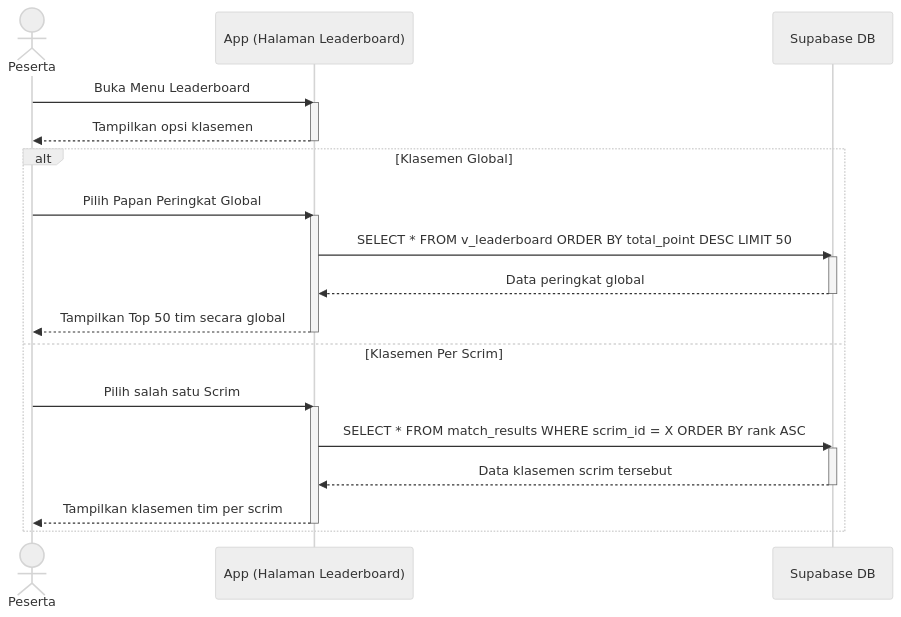
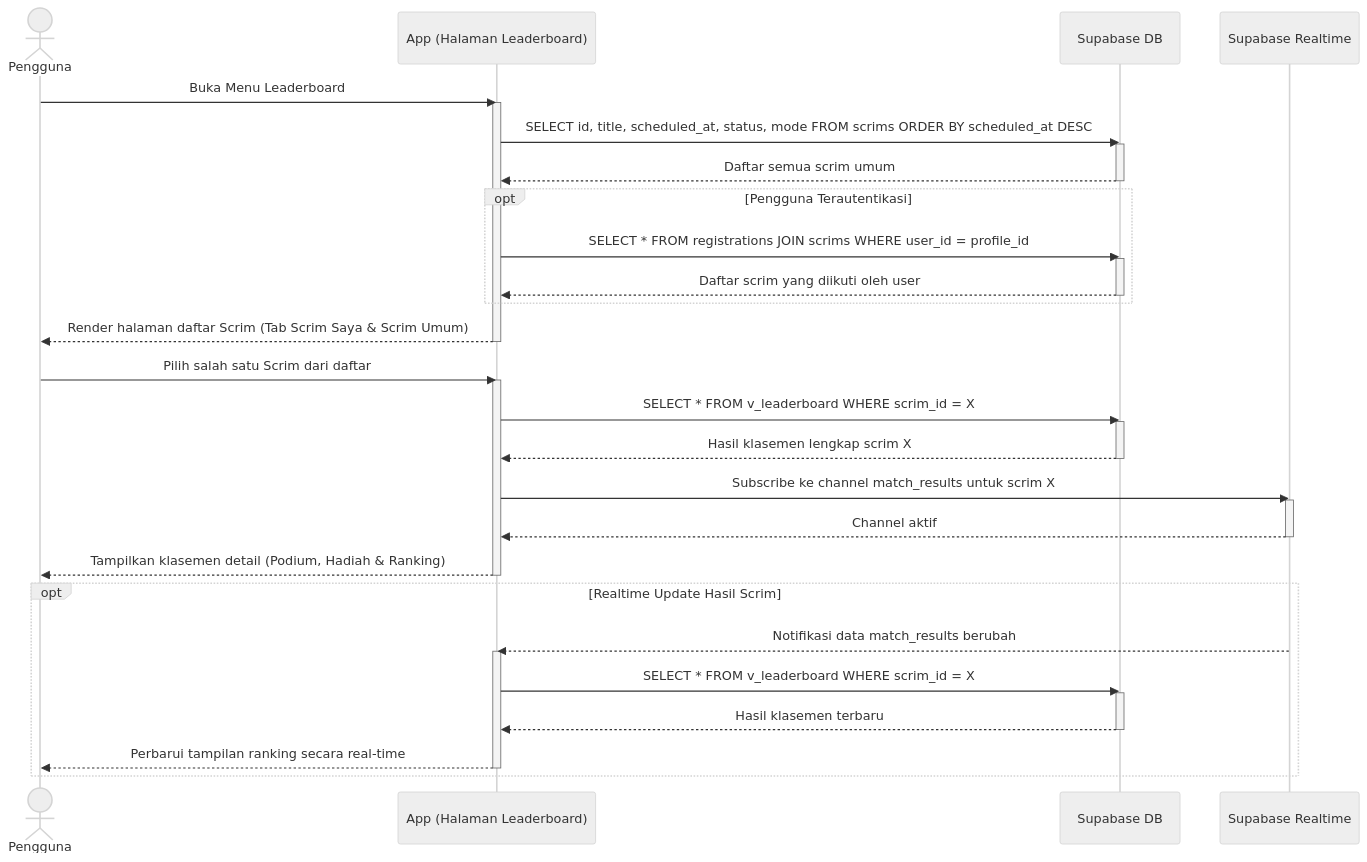
Before and after one commit to yosima050/booyahhub: diagram 33 of 47 in DOKUMENTASI.md, drawn with Mermaid (neutral theme). The commit also changed other lines of this file and 3 other files, not shown here.

Commit message:
feat: add leaderboard screen and admin management modules for scrim results and room configuration

````diff
--- a/DOKUMENTASI.md
+++ b/DOKUMENTASI.md
@@ -1231,31 +1236,50 @@
 ```mermaid
 sequenceDiagram
-    actor Peserta
+    actor Pengguna
     participant App as App (Halaman Leaderboard)
     participant DB as Supabase DB
+    participant Realtime as Supabase Realtime
 
-    Peserta->>App: Buka Menu Leaderboard
+    Pengguna->>App: Buka Menu Leaderboard
     activate App
-    App-->>Peserta: Tampilkan opsi klasemen
+    App->>DB: SELECT id, title, scheduled_at, status, mode FROM scrims ORDER BY scheduled_at DESC
+    activate DB
+    DB-->>App: Daftar semua scrim umum
+    deactivate DB
+
+    opt Pengguna Terautentikasi
+        App->>DB: SELECT * FROM registrations JOIN scrims WHERE user_id = profile_id
+        activate DB
+        DB-->>App: Daftar scrim yang diikuti oleh user
+        deactivate DB
+    end
+
+    App-->>Pengguna: Render halaman daftar Scrim (Tab Scrim Saya & Scrim Umum)
     deactivate App
 
-    alt Klasemen Global
-        Peserta->>App: Pilih Papan Peringkat Global
+    Pengguna->>App: Pilih salah satu Scrim dari daftar
+    activate App
+    App->>DB: SELECT * FROM v_leaderboard WHERE scrim_id = X
+    activate DB
+    DB-->>App: Hasil klasemen lengkap scrim X
+    deactivate DB
+    
+    App->>Realtime: Subscribe ke channel match_results untuk scrim X
+    activate Realtime
+    Realtime-->>App: Channel aktif
+    deactivate Realtime
+
+    App-->>Pengguna: Tampilkan klasemen detail (Podium, Hadiah & Ranking)
+    deactivate App
+
+    opt Realtime Update Hasil Scrim
+        Realtime-->>App: Notifikasi data match_results berubah
         activate App
-        App->>DB: SELECT * FROM v_leaderboard ORDER BY total_point DESC LIMIT 50
+        App->>DB: SELECT * FROM v_leaderboard WHERE scrim_id = X
         activate DB
-        DB-->>App: Data peringkat global
+        DB-->>App: Hasil klasemen terbaru
         deactivate DB
-        App-->>Peserta: Tampilkan Top 50 tim secara global
-        deactivate App
-    else Klasemen Per Scrim
-        Peserta->>App: Pilih salah satu Scrim
-        activate App
-        App->>DB: SELECT * FROM match_results WHERE scrim_id = X ORDER BY rank ASC
-        activate DB
-        DB-->>App: Data klasemen scrim tersebut
-        deactivate DB
-        App-->>Peserta: Tampilkan klasemen tim per scrim
+        App-->>Pengguna: Perbarui tampilan ranking secara real-time
         deactivate App
     end
 ```
````
